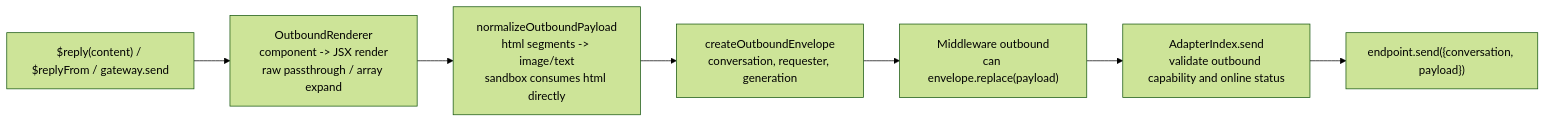
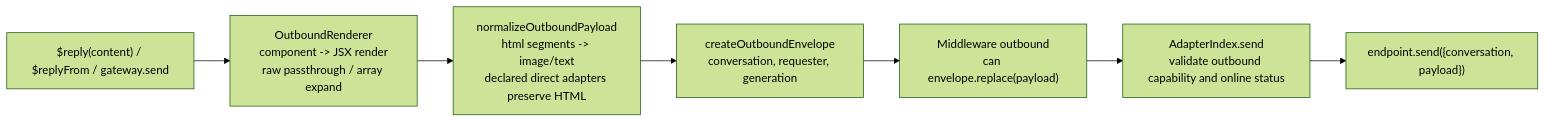
The second of 2 diagrams in docs/en/concepts/message-flow.md (zhinjs/zhin), drawn with Mermaid (forest theme) before and after one commit. The commit also changed other lines of this file and 151 other files, not shown here.

````diff
--- a/docs/en/concepts/message-flow.md
+++ b/docs/en/concepts/message-flow.md
@@ -70,9 +70,9 @@
 ```mermaid
 flowchart LR
     A["$reply(content) / $replyFrom / gateway.send"] --> R[OutboundRenderer<br/>component -> JSX render<br/>raw passthrough / array expand]
-    R --> N[normalizeOutboundPayload<br/>html segments -> image/text<br/>sandbox consumes html directly]
+    R --> N[normalizeOutboundPayload<br/>html segments -> image/text<br/>declared direct adapters preserve HTML]
     N --> V["createOutboundEnvelope<br/>conversation, requester, generation"]
     V --> MW["Middleware outbound<br/>can envelope.replace(payload)"]
     MW --> S[AdapterIndex.send<br/>validate outbound capability and online status]
     S --> E["endpoint.send({conversation, payload})"]
 ```
````
